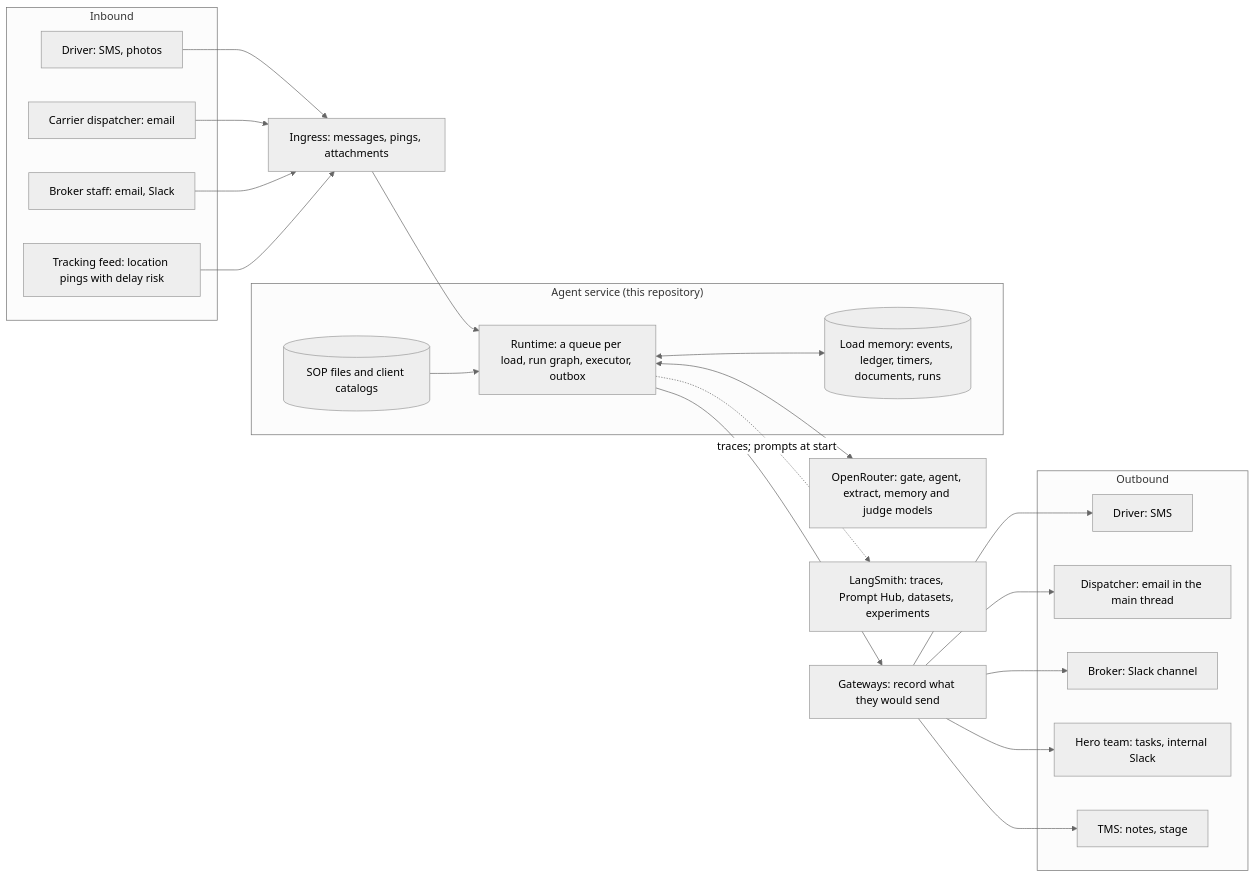
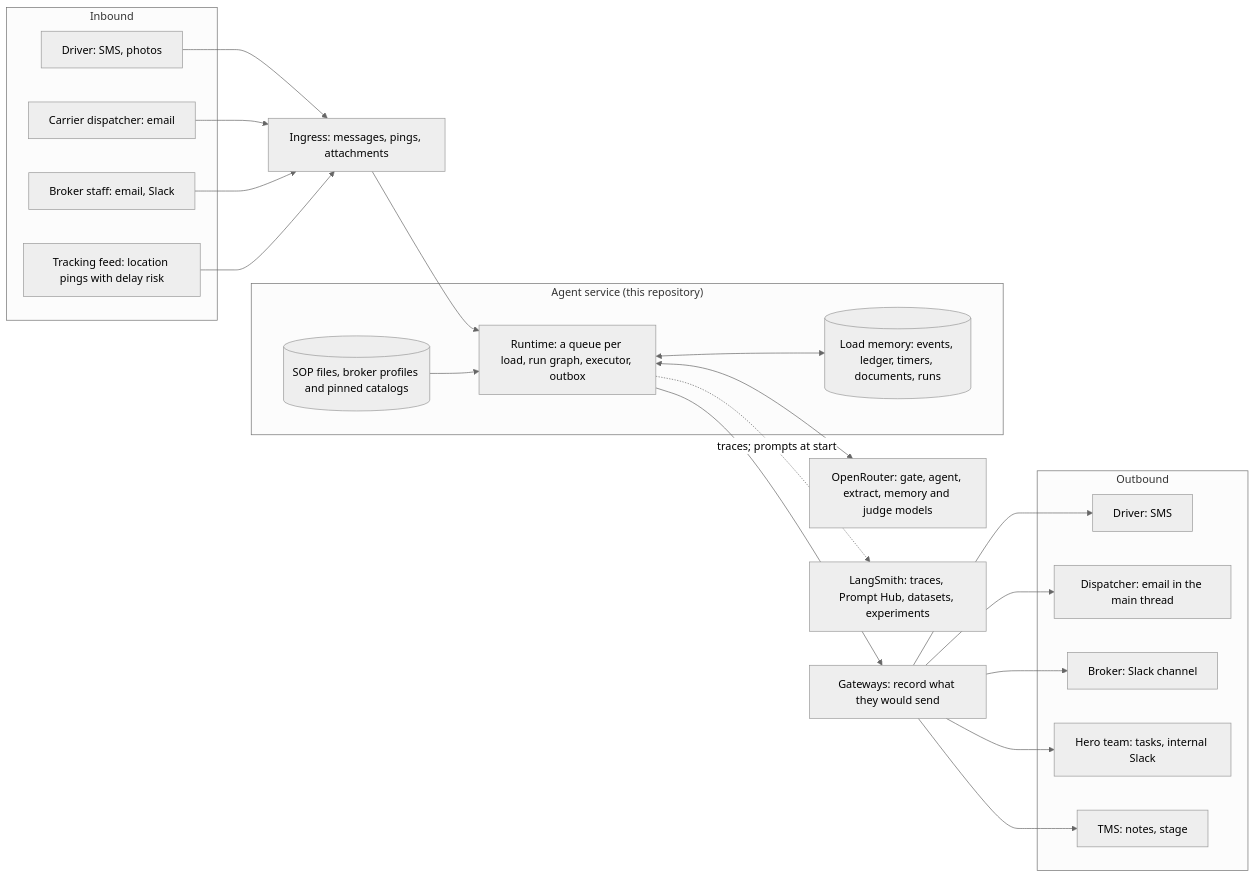
The first of 11 diagrams in docs/architecture.md (pedrocwb/freight-hero-assessment), drawn with Mermaid (neutral theme) before and after one commit. The commit also changed other lines of this file and 10 other files, not shown here.

````diff
--- a/docs/architecture.md
+++ b/docs/architecture.md
@@ -25,46 +27,46 @@
 ```mermaid
 flowchart LR
   subgraph inbound["Inbound"]
     driverIn["Driver: SMS, photos"]
     dispatcherIn["Carrier dispatcher: email"]
     brokerIn["Broker staff: email, Slack"]
     tracking["Tracking feed: location pings with delay risk"]
   end
 
   ingress["Ingress: messages, pings, attachments"]
 
   subgraph service["Agent service (this repository)"]
     runtime["Runtime: a queue per load, run graph, executor, outbox"]
     memory[("Load memory: events, ledger, timers, documents, runs")]
-    sops[("SOP files and client catalogs")]
+    sops[("SOP files, broker profiles and pinned catalogs")]
   end
 
   gateways["Gateways: record what they would send"]
 
   subgraph outbound["Outbound"]
     driverOut["Driver: SMS"]
     dispatcherOut["Dispatcher: email in the main thread"]
     brokerOut["Broker: Slack channel"]
     hero["Hero team: tasks, internal Slack"]
     tms["TMS: notes, stage"]
   end
 
   openrouter["OpenRouter: gate, agent, extract, memory and judge models"]
   langsmith["LangSmith: traces, Prompt Hub, datasets, experiments"]
 
   driverIn --> ingress
   dispatcherIn --> ingress
   brokerIn --> ingress
   tracking --> ingress
   ingress --> runtime
   runtime <--> memory
   sops --> runtime
   runtime --> gateways
   gateways --> driverOut
   gateways --> dispatcherOut
   gateways --> brokerOut
   gateways --> hero
   gateways --> tms
   runtime <--> openrouter
   runtime -. "traces; prompts at start" .-> langsmith
 ```
````
